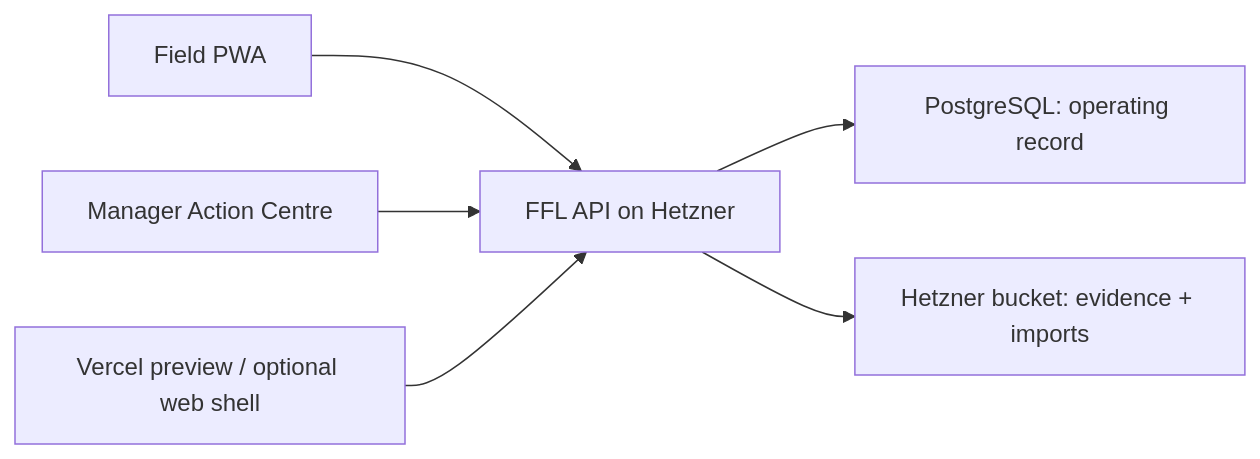
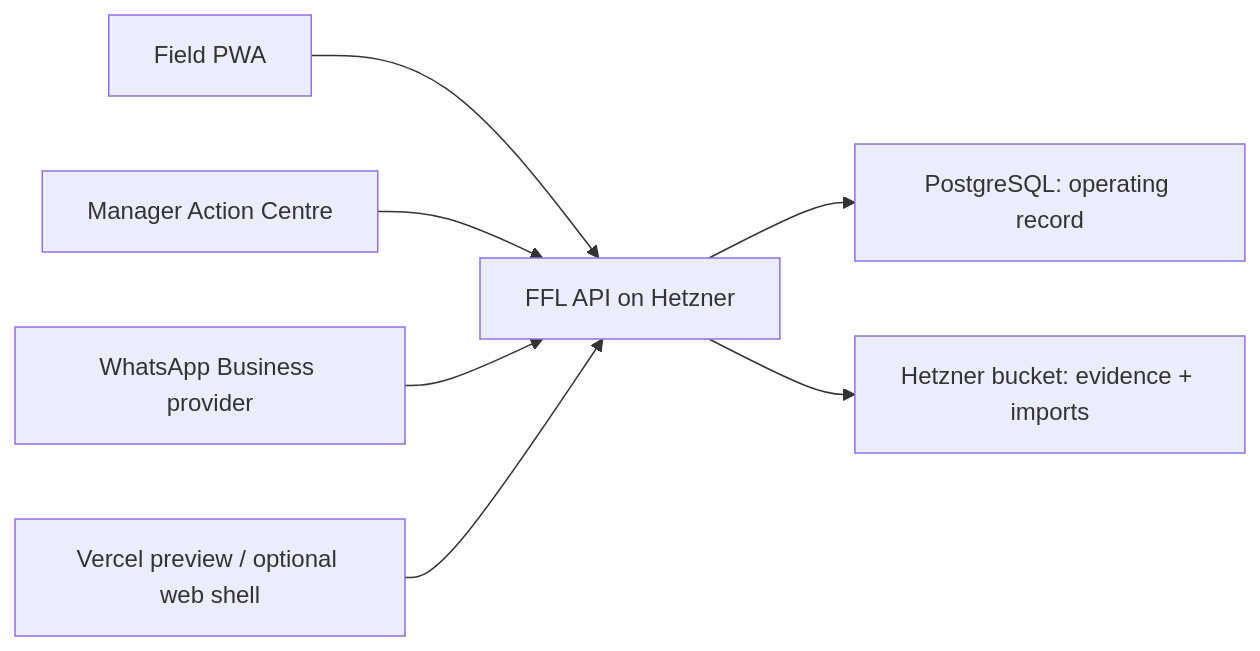
Before and after one commit to abhalothia/field-monitor: the diagram in docs/ffl/DEPLOYMENT.md, drawn with Mermaid. The commit also changed other lines of this file and 56 other files, not shown here.

````diff
--- a/docs/ffl/DEPLOYMENT.md
+++ b/docs/ffl/DEPLOYMENT.md
@@ -18,8 +18,9 @@
 ```mermaid
 flowchart LR
   F["Field PWA"] --> API["FFL API on Hetzner"]
   M["Manager Action Centre"] --> API
+  W["WhatsApp Business provider"] --> API
   API --> DB["PostgreSQL: operating record"]
   API --> B["Hetzner bucket: evidence + imports"]
   V["Vercel preview / optional web shell"] --> API
 ```
````
